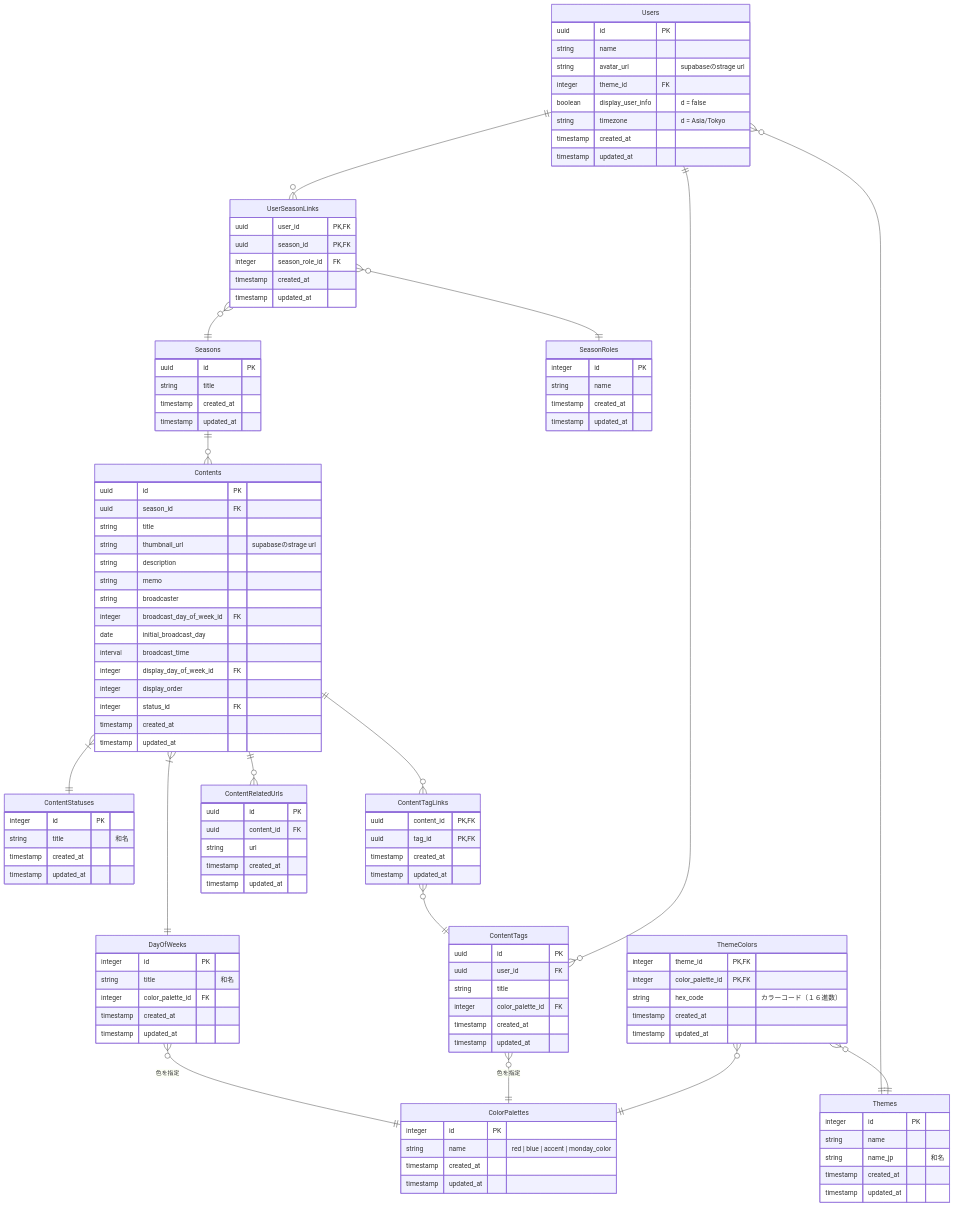
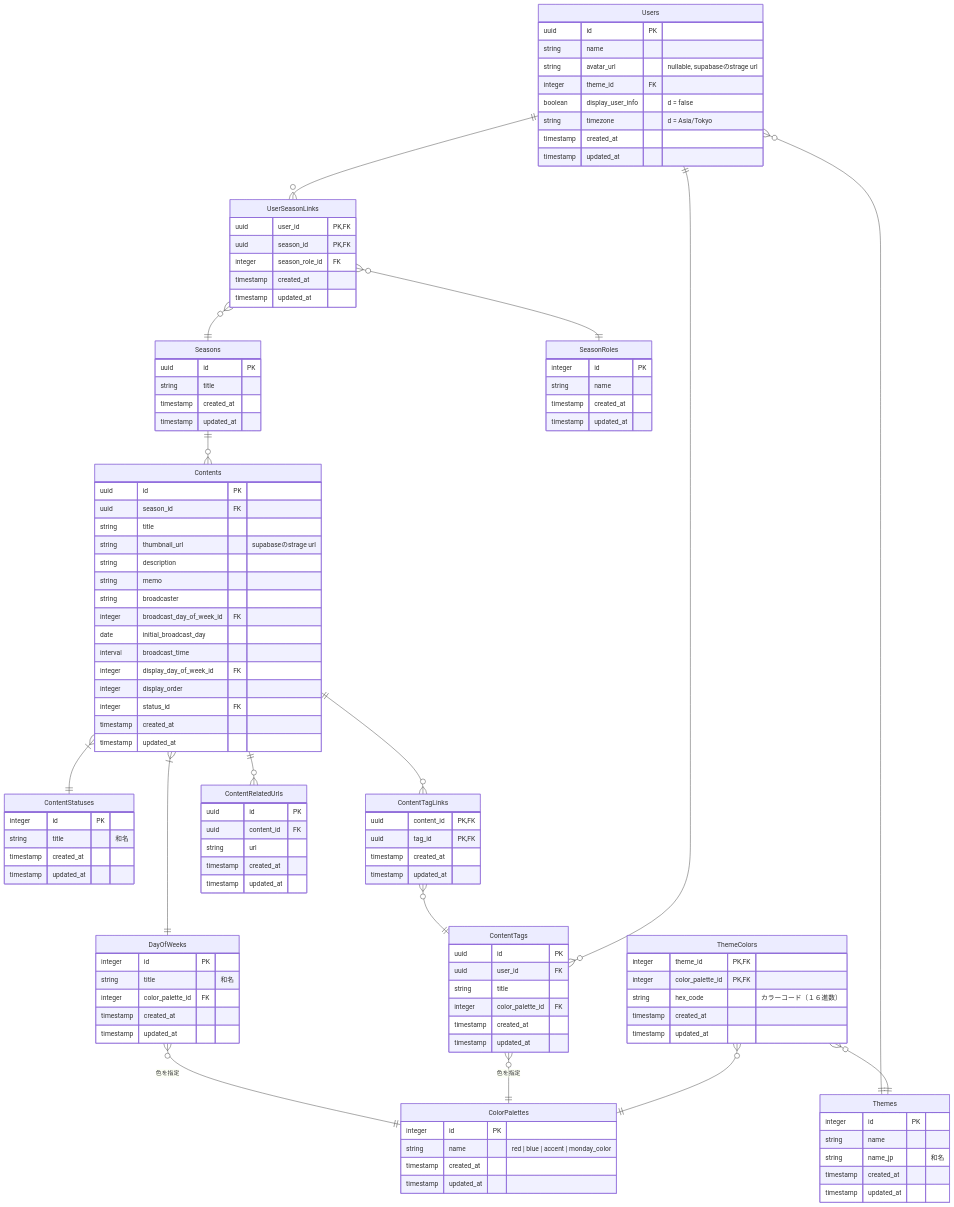
Before and after one commit to NakaiKt/show-spark: the diagram in supabase/ER.md, drawn with Mermaid.

Commit message:
Update avatar_url attribute in ER.md to be nullable

```diff
--- a/supabase/ER.md
+++ b/supabase/ER.md
@@ -26,7 +26,7 @@
     Users {
         uuid id PK
         string name
-        string avatar_url "supabaseのstrage url"
+        string avatar_url "nullable, supabaseのstrage url"
         integer theme_id FK
         boolean display_user_info "d = false"
         string timezone "d = Asia/Tokyo"
```
